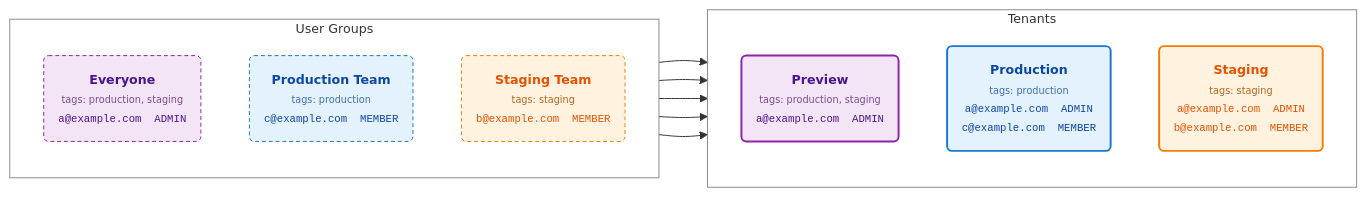
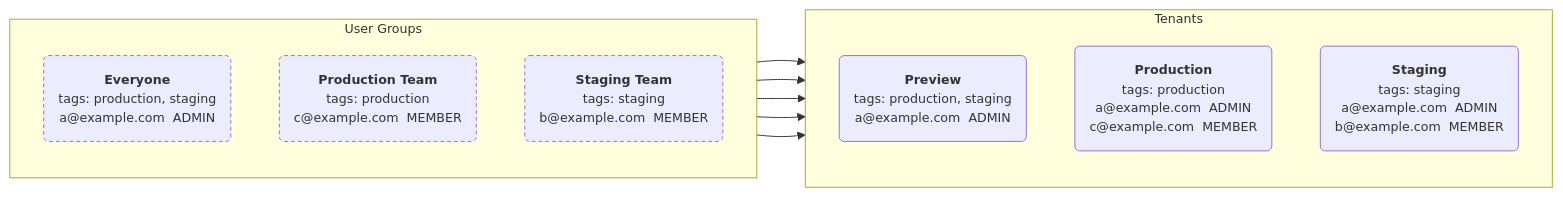
The diagram in frontend/docs/content/docs/v1/user-groups.mdx (hatchet-dev/hatchet), drawn with Mermaid before and after one commit. The commit also changed 5 other files, not shown here.

First line of the commit message:
Restyle mermaid diagrams with brand tokens and Flow frame chrome.

````diff
--- a/frontend/docs/content/docs/v1/user-groups.mdx
+++ b/frontend/docs/content/docs/v1/user-groups.mdx
@@ -77,32 +77,27 @@
 ```mermaid
 %%{init: {'themeVariables': {'fontSize': '13px'}}}%%
 flowchart LR
     subgraph UG["User Groups"]
         direction TB
-        G1("<b style='color:#4a148c'>Everyone</b><br/><span style='font-size:10px;color:#7b4a94'>tags: production, staging</span><br/><span style='font-family:monospace;font-size:11px;color:#4a148c'>a@example.com&nbsp;&nbsp;ADMIN</span>")
-        G2("<b style='color:#0d47a1'>Production Team</b><br/><span style='font-size:10px;color:#3f6fa8'>tags: production</span><br/><span style='font-family:monospace;font-size:11px;color:#0d47a1'>c@example.com&nbsp;&nbsp;MEMBER</span>")
-        G3("<b style='color:#e65100'>Staging Team</b><br/><span style='font-size:10px;color:#b3661f'>tags: staging</span><br/><span style='font-family:monospace;font-size:11px;color:#e65100'>b@example.com&nbsp;&nbsp;MEMBER</span>")
+        G1("<b>Everyone</b><br/>tags: production, staging<br/>a@example.com&nbsp;&nbsp;ADMIN")
+        G2("<b>Production Team</b><br/>tags: production<br/>c@example.com&nbsp;&nbsp;MEMBER")
+        G3("<b>Staging Team</b><br/>tags: staging<br/>b@example.com&nbsp;&nbsp;MEMBER")
     end
 
     subgraph TN["Tenants"]
         direction TB
-        T1("<b style='color:#4a148c'>Preview</b><br/><span style='font-size:10px;color:#7b4a94'>tags: production, staging</span><br/><span style='font-family:monospace;font-size:11px;color:#4a148c'>a@example.com&nbsp;&nbsp;ADMIN</span>")
-        T2("<b style='color:#0d47a1'>Production</b><br/><span style='font-size:10px;color:#3f6fa8'>tags: production</span><br/><span style='font-family:monospace;font-size:11px;color:#0d47a1'>a@example.com&nbsp;&nbsp;ADMIN</span><br/><span style='font-family:monospace;font-size:11px;color:#0d47a1'>c@example.com&nbsp;&nbsp;MEMBER</span>")
-        T3("<b style='color:#e65100'>Staging</b><br/><span style='font-size:10px;color:#b3661f'>tags: staging</span><br/><span style='font-family:monospace;font-size:11px;color:#e65100'>a@example.com&nbsp;&nbsp;ADMIN</span><br/><span style='font-family:monospace;font-size:11px;color:#e65100'>b@example.com&nbsp;&nbsp;MEMBER</span>")
+        T1("<b>Preview</b><br/>tags: production, staging<br/>a@example.com&nbsp;&nbsp;ADMIN")
+        T2("<b>Production</b><br/>tags: production<br/>a@example.com&nbsp;&nbsp;ADMIN<br/>c@example.com&nbsp;&nbsp;MEMBER")
+        T3("<b>Staging</b><br/>tags: staging<br/>a@example.com&nbsp;&nbsp;ADMIN<br/>b@example.com&nbsp;&nbsp;MEMBER")
     end
 
     G1 --> T1
     G1 --> T2
     G1 --> T3
     G2 --> T2
     G3 --> T3
 
-    style G1 stroke-dasharray: 4 3,fill:#f3e5f5,stroke:#8e24aa,color:#4a148c
-    style G2 stroke-dasharray: 4 3,fill:#e3f2fd,stroke:#1976d2,color:#0d47a1
-    style G3 stroke-dasharray: 4 3,fill:#fff3e0,stroke:#f57c00,color:#e65100
-    style T1 fill:#f3e5f5,stroke:#8e24aa,stroke-width:2px,color:#4a148c
-    style T2 fill:#e3f2fd,stroke:#1976d2,stroke-width:2px,color:#0d47a1
-    style T3 fill:#fff3e0,stroke:#f57c00,stroke-width:2px,color:#e65100
-    style UG fill:transparent,stroke:#8a8a8a,stroke-width:1px
-    style TN fill:transparent,stroke:#8a8a8a,stroke-width:1px
+    style G1 stroke-dasharray: 4 3
+    style G2 stroke-dasharray: 4 3
+    style G3 stroke-dasharray: 4 3
 ```
````
